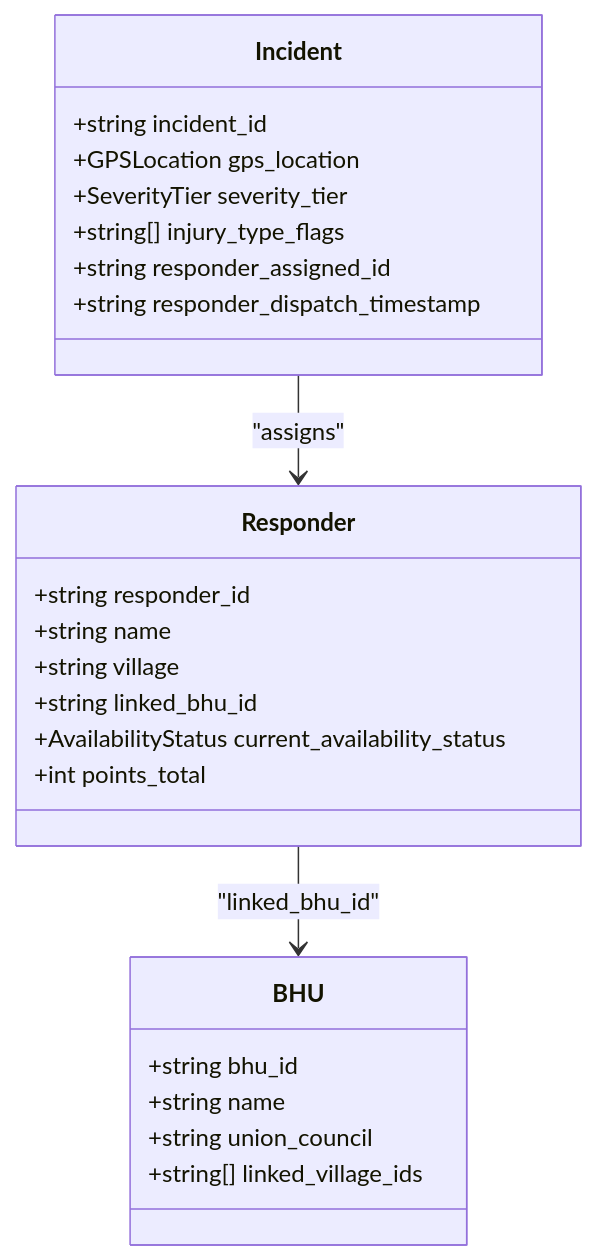
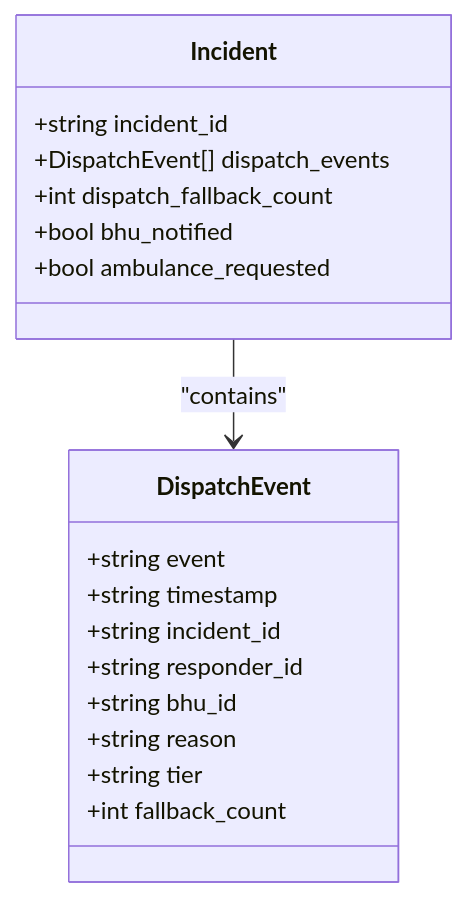
The fifth of 8 diagrams in .qoder/repowiki/en/content/Matching & Dispatch Engine.md (M-Rumman/LifeLine-Ride), drawn with Mermaid before and after one commit. The commit also changed other lines of this file and 46 other files, not shown here.

````diff
--- a/.qoder/repowiki/en/content/Matching & Dispatch Engine.md
+++ b/.qoder/repowiki/en/content/Matching & Dispatch Engine.md
@@ -227,27 +211,21 @@
 ```mermaid
 classDiagram
-class Responder {
+class DispatchEvent {
++string event
++string timestamp
++string incident_id
 +string responder_id
-+string name
-+string village
-+string linked_bhu_id
-+AvailabilityStatus current_availability_status
-+int points_total
++string bhu_id
++string reason
++string tier
++int fallback_count
 }
 class Incident {
 +string incident_id
-+GPSLocation gps_location
-+SeverityTier severity_tier
-+string[] injury_type_flags
-+string responder_assigned_id
-+string responder_dispatch_timestamp
++DispatchEvent[] dispatch_events
++int dispatch_fallback_count
++bool bhu_notified
++bool ambulance_requested
 }
-class BHU {
-+string bhu_id
-+string name
-+string union_council
-+string[] linked_village_ids
-}
-Incident --> Responder : "assigns"
-Responder --> BHU : "linked_bhu_id"
+Incident --> DispatchEvent : "contains"
 ```
````
